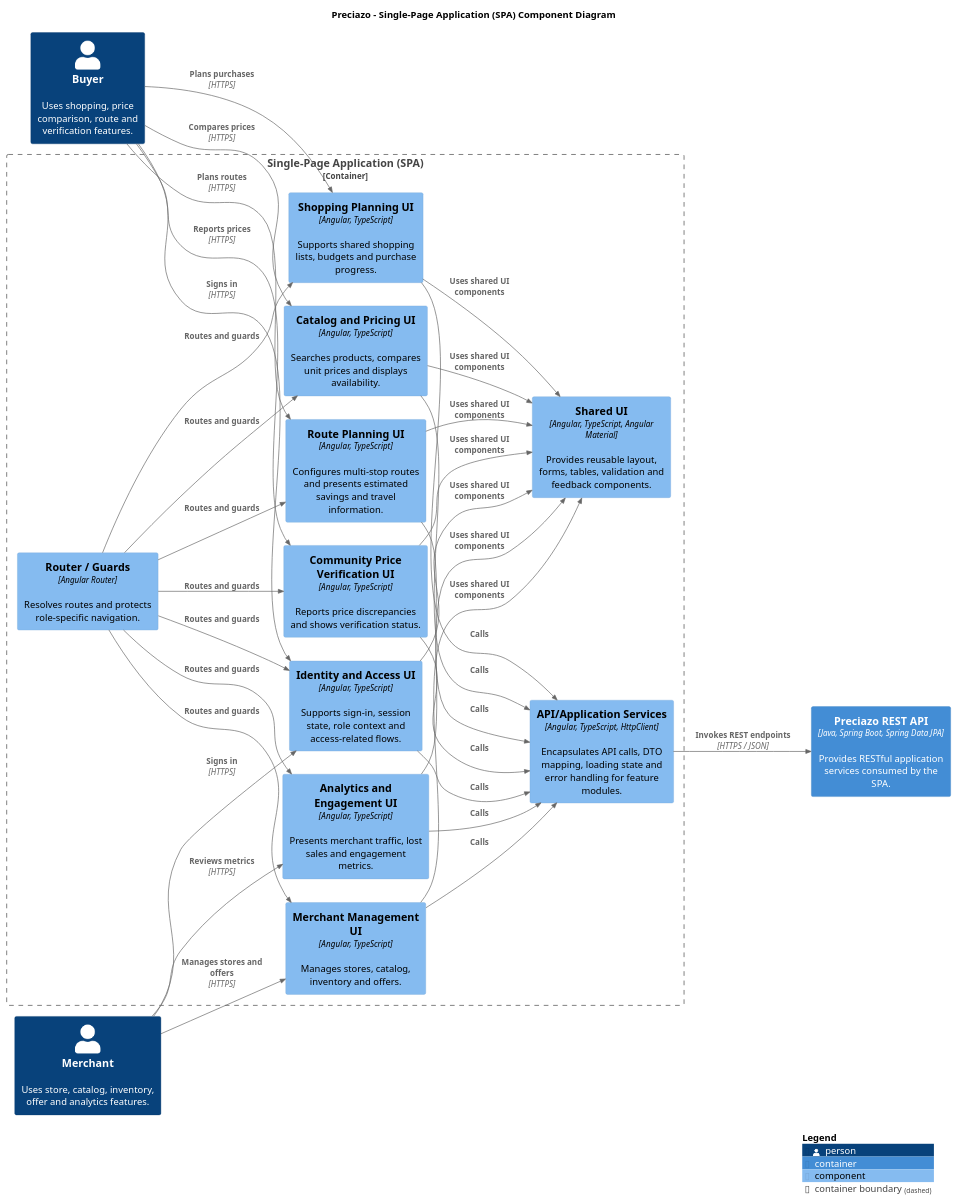
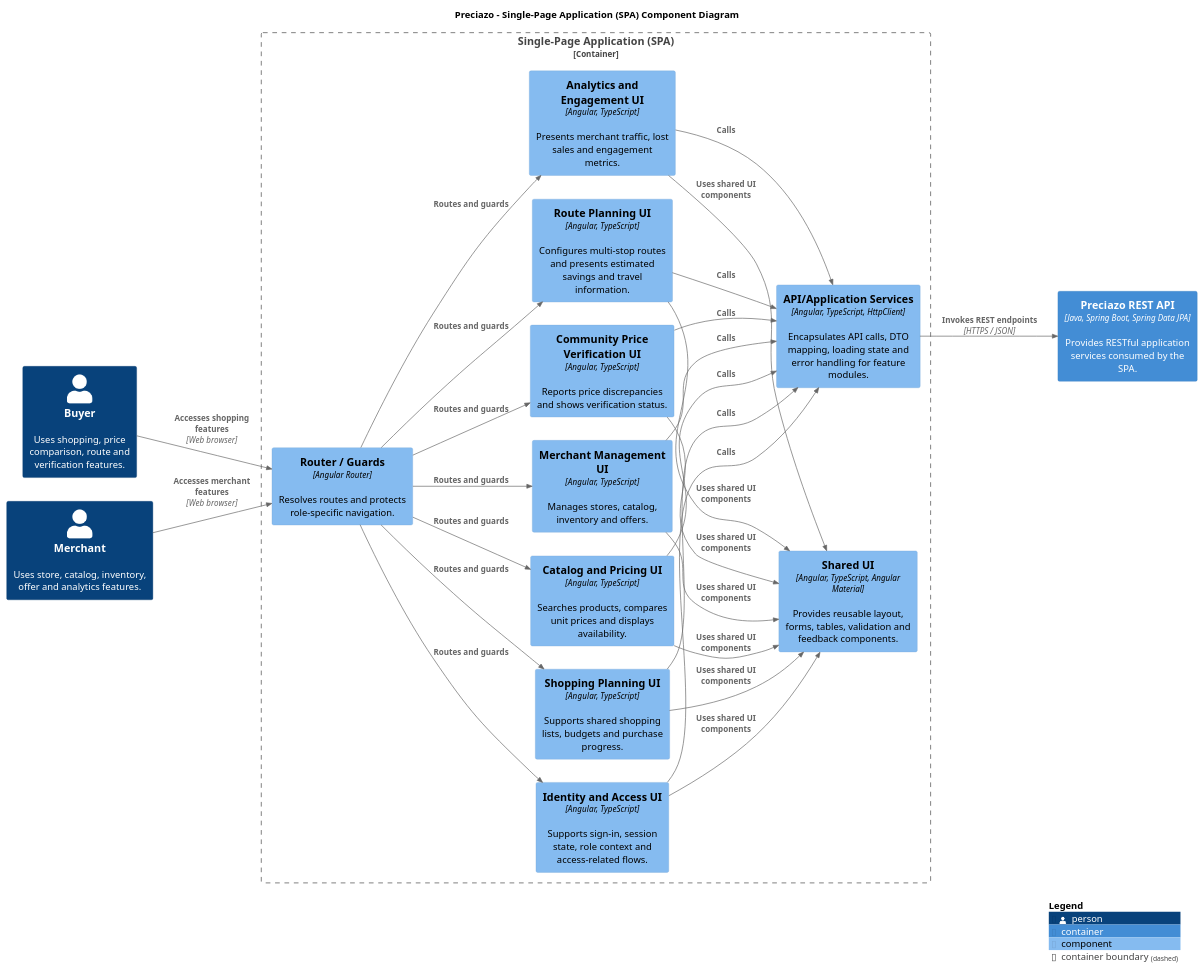
Before and after one commit to Open-Source-1ASI0729-2620-7750/PeruTech-Report: the diagram in docs/architecture/c4-components-frontend.puml, drawn with PlantUML. The commit also changed 4 other files, not shown here.

Commit message:
docs(architecture): refine C4 component diagrams

```diff
--- a/docs/architecture/c4-components-frontend.puml
+++ b/docs/architecture/c4-components-frontend.puml
@@ -1,59 +1,53 @@
 @startuml Preciazo_C4_Components_Frontend
 
 !include <C4/C4_Component>
 
 LAYOUT_LEFT_RIGHT()
 
 title Preciazo - Single-Page Application (SPA) Component Diagram
 
 Person(buyer, "Buyer", "Uses shopping, price comparison, route and verification features.")
 Person(merchantPerson, "Merchant", "Uses store, catalog, inventory, offer and analytics features.")
 Container(api, "Preciazo REST API", "Java, Spring Boot, Spring Data JPA", "Provides RESTful application services consumed by the SPA.")
 
 Container_Boundary(web, "Single-Page Application (SPA)") {
     Component(router, "Router / Guards", "Angular Router", "Resolves routes and protects role-specific navigation.")
     Component(shared, "Shared UI", "Angular, TypeScript, Angular Material", "Provides reusable layout, forms, tables, validation and feedback components.")
     Component(identity, "Identity and Access UI", "Angular, TypeScript", "Supports sign-in, session state, role context and access-related flows.")
     Component(shopping, "Shopping Planning UI", "Angular, TypeScript", "Supports shared shopping lists, budgets and purchase progress.")
     Component(catalog, "Catalog and Pricing UI", "Angular, TypeScript", "Searches products, compares unit prices and displays availability.")
     Component(route, "Route Planning UI", "Angular, TypeScript", "Configures multi-stop routes and presents estimated savings and travel information.")
     Component(merchantManagement, "Merchant Management UI", "Angular, TypeScript", "Manages stores, catalog, inventory and offers.")
     Component(verification, "Community Price Verification UI", "Angular, TypeScript", "Reports price discrepancies and shows verification status.")
     Component(analytics, "Analytics and Engagement UI", "Angular, TypeScript", "Presents merchant traffic, lost sales and engagement metrics.")
     Component(apiServices, "API/Application Services", "Angular, TypeScript, HttpClient", "Encapsulates API calls, DTO mapping, loading state and error handling for feature modules.")
 }
 
-Rel(buyer, identity, "Signs in", "HTTPS")
-Rel(buyer, shopping, "Plans purchases", "HTTPS")
-Rel(buyer, catalog, "Compares prices", "HTTPS")
-Rel(buyer, route, "Plans routes", "HTTPS")
-Rel(buyer, verification, "Reports prices", "HTTPS")
-Rel(merchantPerson, identity, "Signs in", "HTTPS")
-Rel(merchantPerson, merchantManagement, "Manages stores and offers", "HTTPS")
-Rel(merchantPerson, analytics, "Reviews metrics", "HTTPS")
+Rel(buyer, router, "Accesses shopping features", "Web browser")
+Rel(merchantPerson, router, "Accesses merchant features", "Web browser")
 Rel(router, identity, "Routes and guards")
 Rel(router, shopping, "Routes and guards")
 Rel(router, catalog, "Routes and guards")
 Rel(router, route, "Routes and guards")
 Rel(router, merchantManagement, "Routes and guards")
 Rel(router, verification, "Routes and guards")
 Rel(router, analytics, "Routes and guards")
 Rel(identity, shared, "Uses shared UI components")
 Rel(shopping, shared, "Uses shared UI components")
 Rel(catalog, shared, "Uses shared UI components")
 Rel(route, shared, "Uses shared UI components")
 Rel(merchantManagement, shared, "Uses shared UI components")
 Rel(verification, shared, "Uses shared UI components")
 Rel(analytics, shared, "Uses shared UI components")
 Rel(identity, apiServices, "Calls")
 Rel(shopping, apiServices, "Calls")
 Rel(catalog, apiServices, "Calls")
 Rel(route, apiServices, "Calls")
 Rel(merchantManagement, apiServices, "Calls")
 Rel(verification, apiServices, "Calls")
 Rel(analytics, apiServices, "Calls")
 Rel(apiServices, api, "Invokes REST endpoints", "HTTPS / JSON")
 
 SHOW_LEGEND()
 
 @enduml
```
